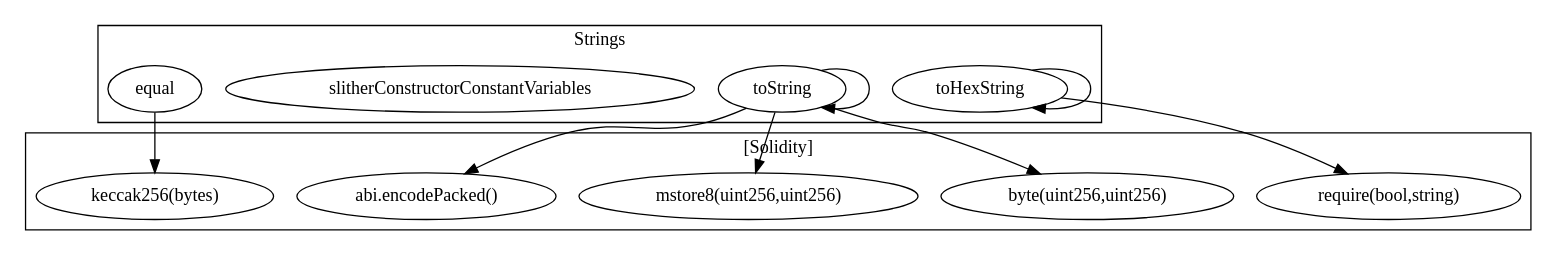
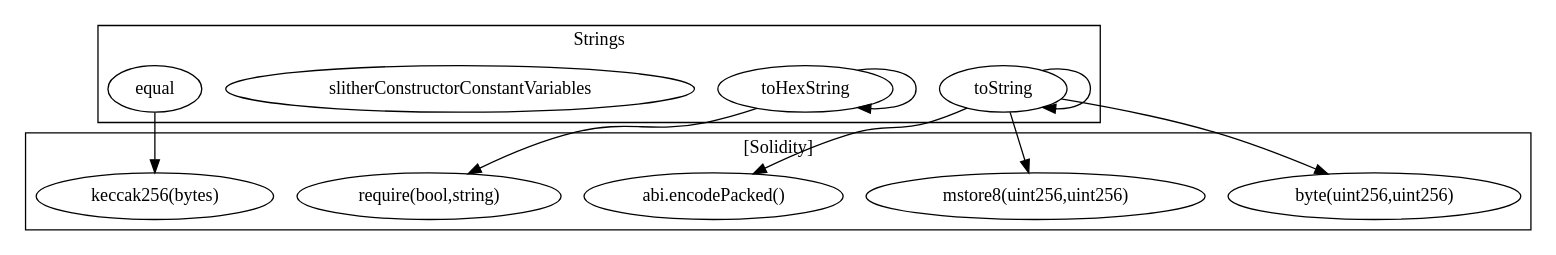
Before and after one commit to tenthirtyone/contracts-recent: the diagram in diagrams/Strings.call-graph.dot, drawn with Graphviz. The commit also changed 35 other files, not shown here.

Commit message:
refresh diagrams

```diff
--- a/diagrams/Strings.call-graph.dot
+++ b/diagrams/Strings.call-graph.dot
@@ -1,23 +1,23 @@
 strict digraph {
-subgraph cluster_2094_Strings {
+subgraph cluster_3348_Strings {
 label = "Strings"
-"2094_toHexString" [label="toHexString"]
-"2094_toString" [label="toString"]
-"2094_slitherConstructorConstantVariables" [label="slitherConstructorConstantVariables"]
-"2094_equal" [label="equal"]
-"2094_toString" -> "2094_toString"
-"2094_toHexString" -> "2094_toHexString"
+"3348_toString" [label="toString"]
+"3348_toHexString" [label="toHexString"]
+"3348_slitherConstructorConstantVariables" [label="slitherConstructorConstantVariables"]
+"3348_equal" [label="equal"]
+"3348_toHexString" -> "3348_toHexString"
+"3348_toString" -> "3348_toString"
 }subgraph cluster_solidity {
 label = "[Solidity]"
-"mstore8(uint256,uint256)" 
 "abi.encodePacked()" 
 "byte(uint256,uint256)" 
+"mstore8(uint256,uint256)" 
 "keccak256(bytes)" 
 "require(bool,string)" 
-"2094_toString" -> "mstore8(uint256,uint256)"
-"2094_equal" -> "keccak256(bytes)"
-"2094_toString" -> "abi.encodePacked()"
-"2094_toString" -> "byte(uint256,uint256)"
-"2094_toHexString" -> "require(bool,string)"
+"3348_equal" -> "keccak256(bytes)"
+"3348_toString" -> "mstore8(uint256,uint256)"
+"3348_toHexString" -> "require(bool,string)"
+"3348_toString" -> "byte(uint256,uint256)"
+"3348_toString" -> "abi.encodePacked()"
 }
 }
```
